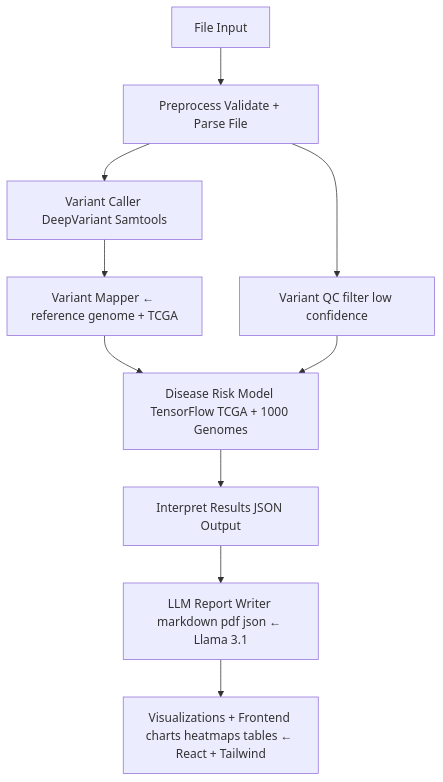
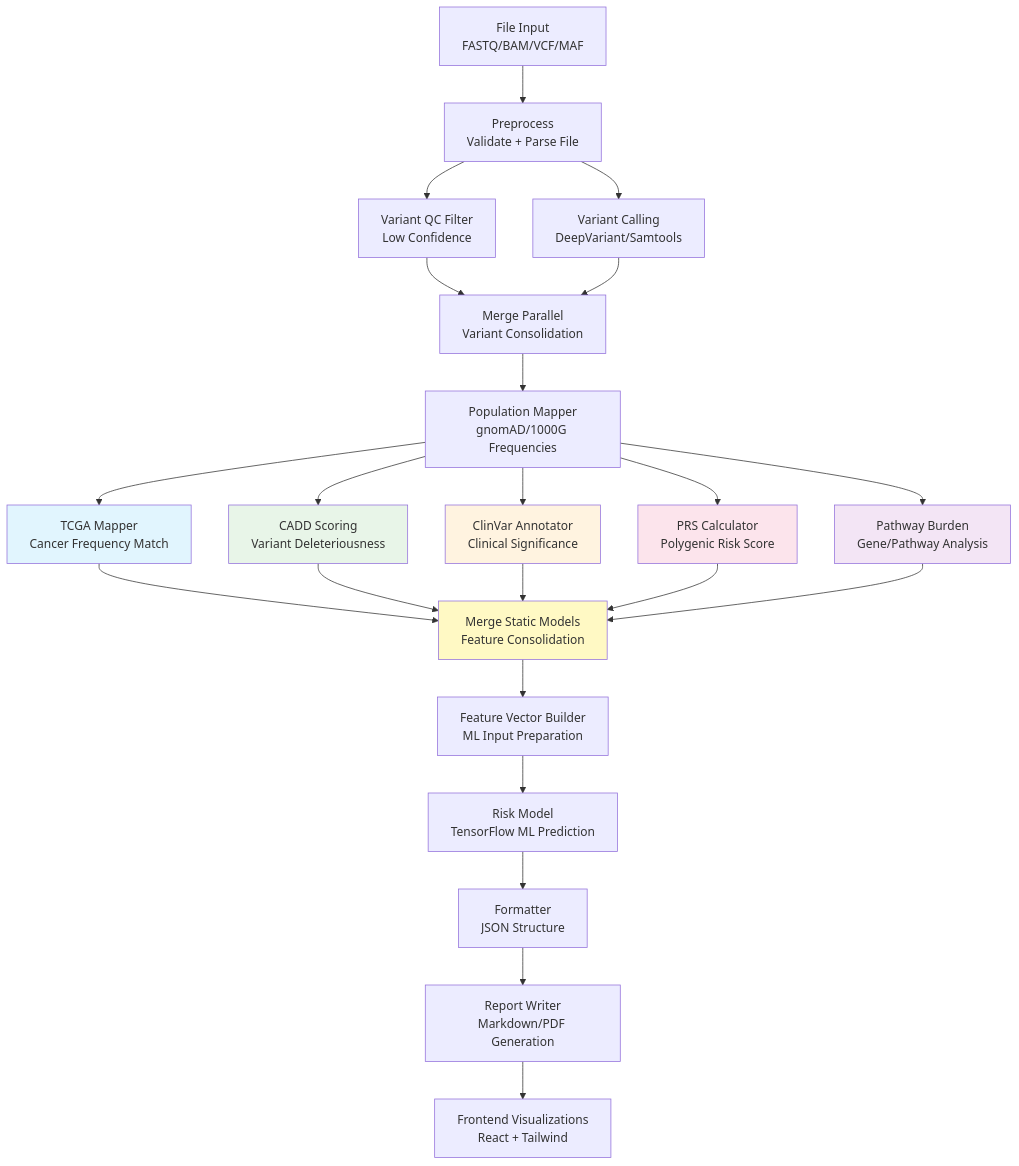
The first of 2 diagrams in documentation/gene_know_langgraph.md (astrogirlnim/GeneKnow), drawn with Mermaid before and after one commit. The commit also changed other lines of this file and 1 other file, not shown here.

First line of the commit message:
Update LangGraph documentation to reflect parallel static risk models

````diff
--- a/documentation/gene_know_langgraph.md
+++ b/documentation/gene_know_langgraph.md
@@ -11,11 +11,33 @@
 ```mermaid
 flowchart TD
-    A["File Input"] --> B["Preprocess Validate + Parse File"]
-    B --> C["Variant QC filter low confidence"] & D["Variant Caller DeepVariant Samtools"]
-    D --> E["Variant Mapper ← reference genome + TCGA"]
-    E --> F["Disease Risk Model TensorFlow TCGA + 1000 Genomes"]
-    F --> G["Interpret Results JSON Output"]
-    G --> H["LLM Report Writer markdown pdf json ← Llama 3.1"]
-    H --> I["Visualizations + Frontend charts heatmaps tables ← React + Tailwind"]
-    C --> F
+    A["File Input<br/>FASTQ/BAM/VCF/MAF"] --> B["Preprocess<br/>Validate + Parse File"]
+    B --> C["Variant QC Filter<br/>Low Confidence"] & D["Variant Calling<br/>DeepVariant/Samtools"]
+    C --> E["Merge Parallel<br/>Variant Consolidation"]
+    D --> E
+    E --> F["Population Mapper<br/>gnomAD/1000G Frequencies"]
+    
+    F --> G["TCGA Mapper<br/>Cancer Frequency Match"]
+    F --> H["CADD Scoring<br/>Variant Deleteriousness"]
+    F --> I["ClinVar Annotator<br/>Clinical Significance"]
+    F --> J["PRS Calculator<br/>Polygenic Risk Score"]
+    F --> K["Pathway Burden<br/>Gene/Pathway Analysis"]
+    
+    G --> L["Merge Static Models<br/>Feature Consolidation"]
+    H --> L
+    I --> L
+    J --> L
+    K --> L
+    
+    L --> M["Feature Vector Builder<br/>ML Input Preparation"]
+    M --> N["Risk Model<br/>TensorFlow ML Prediction"]
+    N --> O["Formatter<br/>JSON Structure"]
+    O --> P["Report Writer<br/>Markdown/PDF Generation"]
+    P --> Q["Frontend Visualizations<br/>React + Tailwind"]
+    
+    style G fill:#e1f5fe
+    style H fill:#e8f5e8
+    style I fill:#fff3e0
+    style J fill:#fce4ec
+    style K fill:#f3e5f5
+    style L fill:#fff9c4
 ```
````
